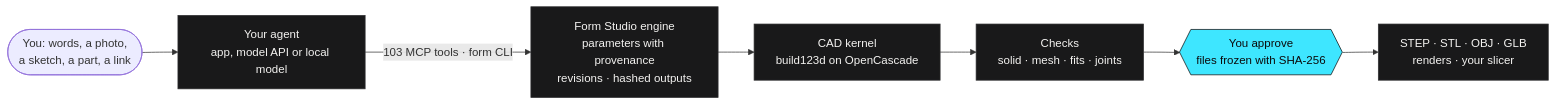
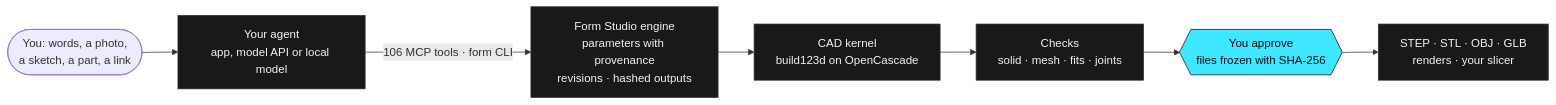
Before and after one commit to kaizensx/form-studio: the diagram in README.md, drawn with Mermaid. The commit also changed other lines of this file and 33 other files, not shown here.

````diff
--- a/README.md
+++ b/README.md
@@ -86,13 +86,13 @@
 ```mermaid
 flowchart LR
   you(["You: words, a photo,<br/>a sketch, a part, a link"]) --> agent["Your agent<br/>app, model API or local model"]
-  agent -- "103 MCP tools · form CLI" --> engine["Form Studio engine<br/>parameters with provenance<br/>revisions · hashed outputs"]
+  agent -- "106 MCP tools · form CLI" --> engine["Form Studio engine<br/>parameters with provenance<br/>revisions · hashed outputs"]
   engine --> kernel["CAD kernel<br/>build123d on OpenCascade"]
   kernel --> checks["Checks<br/>solid · mesh · fits · joints"]
   checks --> release{{"You approve<br/>files frozen with SHA-256"}}
   release --> out["STEP · STL · OBJ · GLB<br/>renders · your slicer"]
   classDef datum fill:#3ee6ff,stroke:#0b0b0c,color:#0b0b0c
   classDef plate fill:#19191a,stroke:#2f2f31,color:#f4f3f1
   class release datum
   class agent,engine,kernel,checks,out plate
 ```
````
